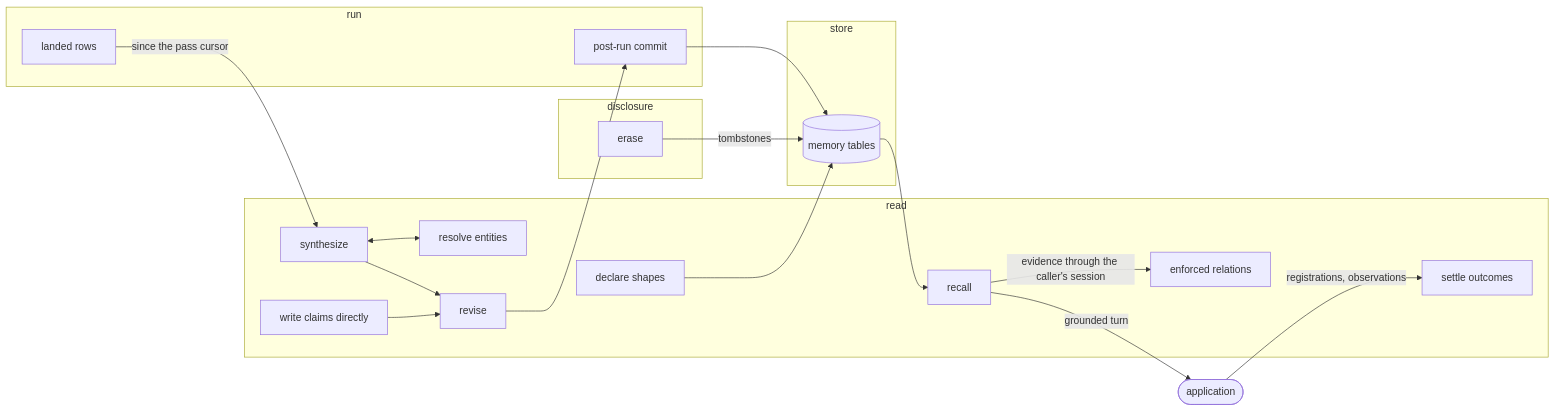
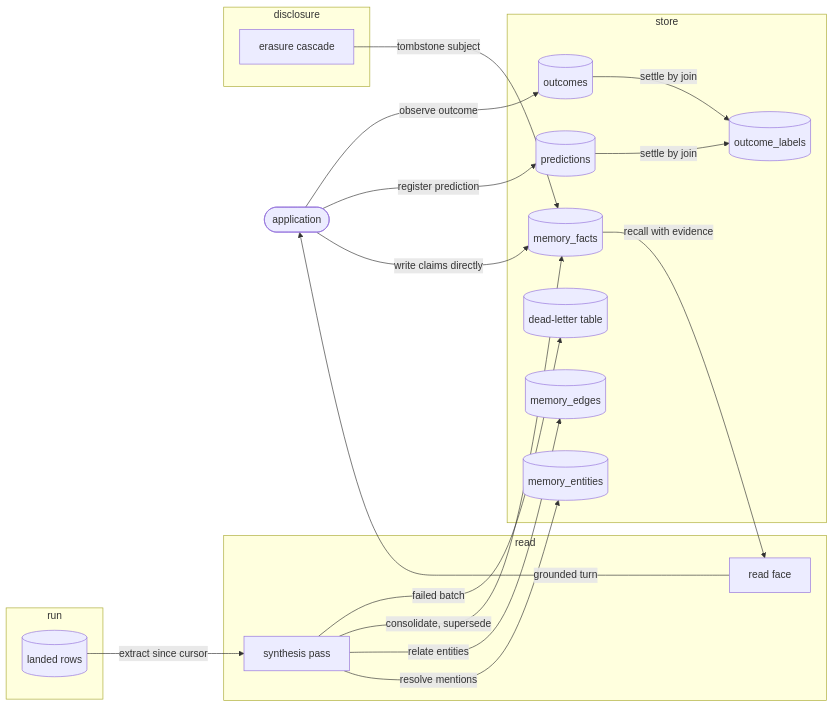
Before and after one commit to fractalboxdev/contextful: the first of 4 diagrams in spec/21-memory.md, drawn with Mermaid. The commit also changed other lines of this file and 16 other files, not shown here.

First line of the commit message:
spec: diagram rules for nodes, edges, decisions, layout, sequences and states

````diff
--- a/spec/21-memory.md
+++ b/spec/21-memory.md
@@ -21,41 +21,35 @@
 ```mermaid
 flowchart LR
   APP(["application"])
-
   subgraph RUNC["run"]
-    ROWS["landed rows"]
-    COMMIT["post-run commit"]
+    ROWS[("landed rows")]
   end
-
   subgraph READC["read"]
-    DECL["declare shapes"]
-    SYN["synthesize"]
-    RES["resolve entities"]
-    DW["write claims directly"]
-    REV["revise"]
-    REC["recall"]
-    SET["settle outcomes"]
-    READ["enforced relations"]
+    SYN["synthesis pass"]
+    FACE["read face"]
   end
-
   subgraph STOREC["store"]
-    TBL[("memory tables")]
+    FACTS[("memory_facts")]
+    ENT[("memory_entities")]
+    EDGES[("memory_edges")]
+    DL[("dead-letter table")]
+    PRED[("predictions")]
+    OUT[("outcomes")]
+    LAB[("outcome_labels")]
   end
-
   subgraph DISC["disclosure"]
-    ERASE["erase"]
+    ERASER["erasure cascade"]
   end
-
-  ROWS -- "since the pass cursor" --> SYN
-  SYN <--> RES
-  SYN --> REV
-  DW --> REV
-  REV --> COMMIT
-  DECL --> TBL
-  COMMIT --> TBL
-  ERASE -- "tombstones" --> TBL
-  TBL --> REC
-  REC -- "evidence through the caller's session" --> READ
-  REC -- "grounded turn" --> APP
-  APP -- "registrations, observations" --> SET
+  ROWS -->|"extract since cursor"| SYN
+  SYN -->|"resolve mentions"| ENT
+  SYN -->|"relate entities"| EDGES
+  SYN -->|"consolidate, supersede"| FACTS
+  SYN -->|"failed batch"| DL
+  APP -->|"write claims directly"| FACTS
+  FACTS -->|"recall with evidence"| FACE
+  FACE -->|"grounded turn"| APP
+  APP -->|"register prediction"| PRED
+  APP -->|"observe outcome"| OUT
+  PRED & OUT -->|"settle by join"| LAB
+  ERASER -->|"tombstone subject"| FACTS
 ```
````
